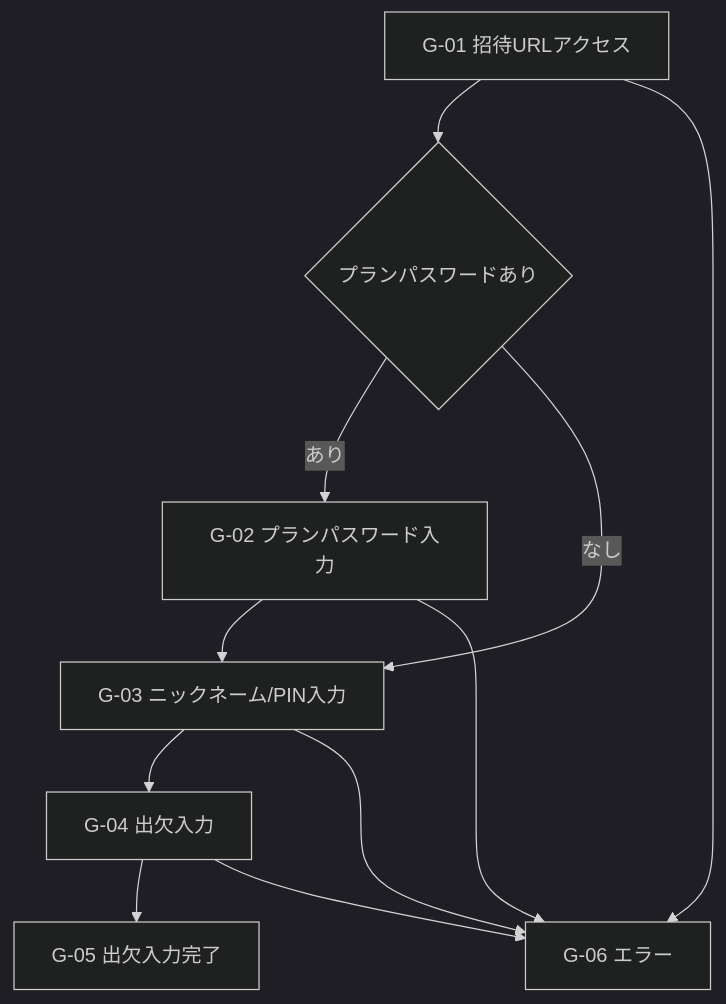
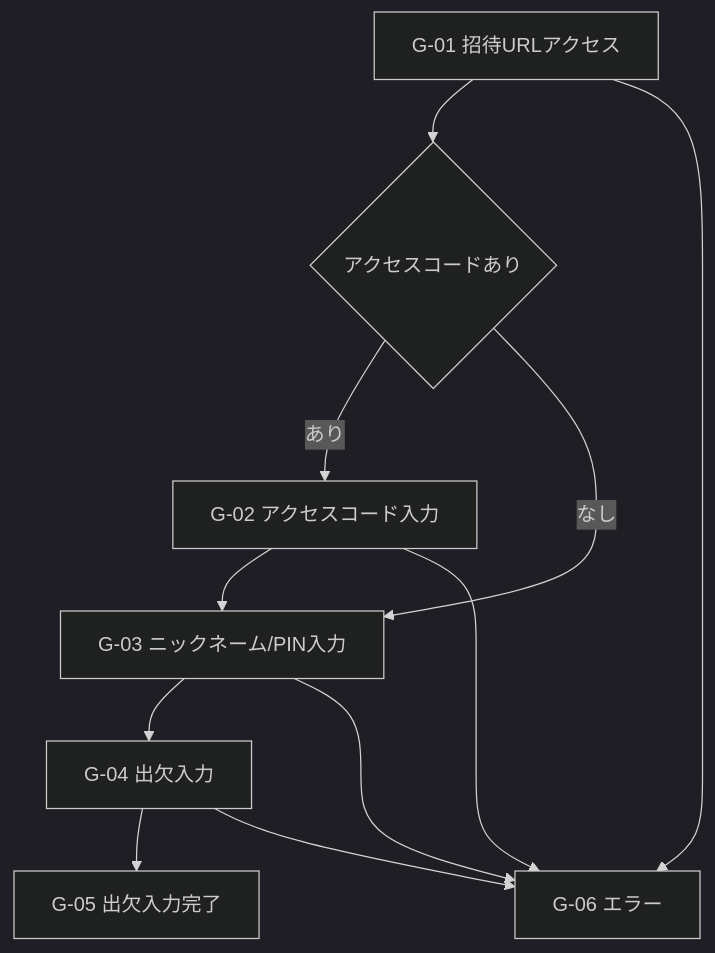
The second of 2 diagrams in docs/screen-specification.md (Bamboosato/rsvp-manager-app), drawn with Mermaid (dark theme) before and after one commit. The commit also changed other lines of this file and 32 other files, not shown here.

Commit message:
Polish MVP UI and access code flows

````diff
--- a/docs/screen-specification.md
+++ b/docs/screen-specification.md
@@ -103,13 +104,13 @@
 ```mermaid
 flowchart TD
-  invite["G-01 招待URLアクセス"] --> password{"プランパスワードあり"}
-  password -->|あり| passInput["G-02 プランパスワード入力"]
+  invite["G-01 招待URLアクセス"] --> password{"アクセスコードあり"}
+  password -->|あり| passInput["G-02 アクセスコード入力"]
   password -->|なし| entry["G-03 ニックネーム/PIN入力"]
   passInput --> entry
   entry --> responses["G-04 出欠入力"]
   responses --> complete["G-05 出欠入力完了"]
   invite --> error["G-06 エラー"]
   passInput --> error
   entry --> error
   responses --> error
 ```
````
